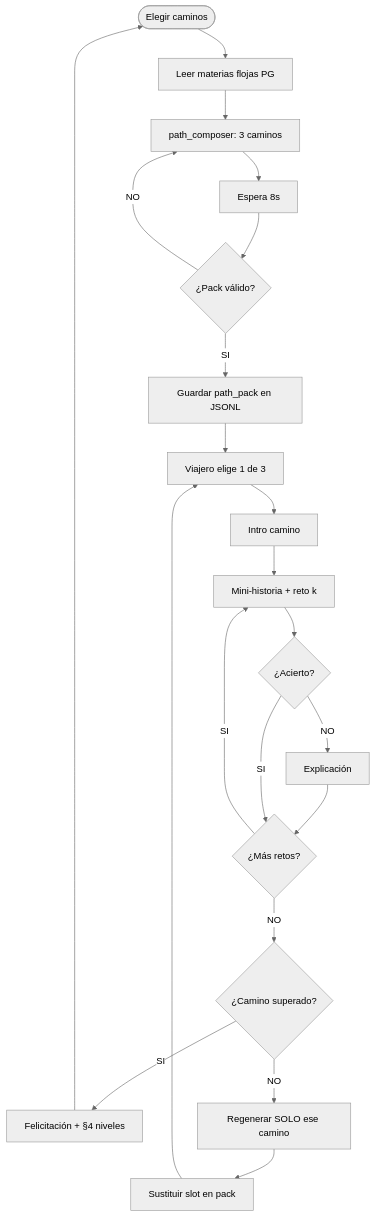
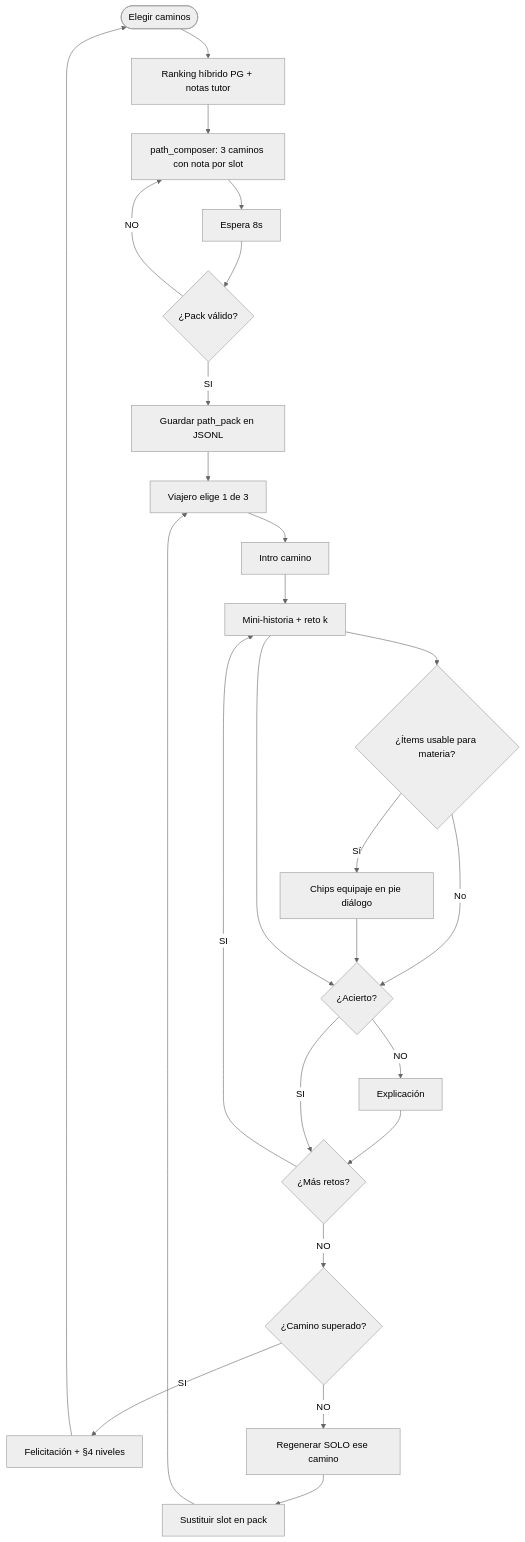
One commit to KuiperBelt-PRO/kidepik changed the fourth of 6 diagrams in .cursor/diagrams/16-journey-mechanics-flows.md. Above: the diagram before and after it, drawn with Mermaid (neutral theme). The commit also changed 22 other files, not shown here.

First line of the commit message:
add baggage offer flow and path composer tutor context

````diff
--- a/.cursor/diagrams/16-journey-mechanics-flows.md
+++ b/.cursor/diagrams/16-journey-mechanics-flows.md
@@ -77,23 +77,27 @@
 ```mermaid
 flowchart TD
-  A([Elegir caminos]) --> B[Leer materias flojas PG]
-  B --> C[path_composer: 3 caminos]
+  A([Elegir caminos]) --> B[Ranking híbrido PG + notas tutor]
+  B --> C[path_composer: 3 caminos con nota por slot]
   C --> W[Espera 8s]
   W --> D{¿Pack válido?}
   D -- NO --> C
   D -- SI --> E[Guardar path_pack en JSONL]
   E --> F[Viajero elige 1 de 3]
   F --> G[Intro camino]
   G --> H[Mini-historia + reto k]
-  H --> I{¿Acierto?}
+  H --> O{¿Ítems usable para materia?}
+  O -- Sí --> P[Chips equipaje en pie diálogo]
+  O -- No --> I
+  P --> I{¿Acierto?}
+  H --> I
   I -- NO --> J[Explicación]
   J --> K
   I -- SI --> K{¿Más retos?}
   K -- SI --> H
   K -- NO --> L{¿Camino superado?}
   L -- SI --> M[Felicitación + §4 niveles]
   M --> A
   L -- NO --> N[Regenerar SOLO ese camino]
   N --> E2[Sustituir slot en pack]
   E2 --> F
 ```
````
